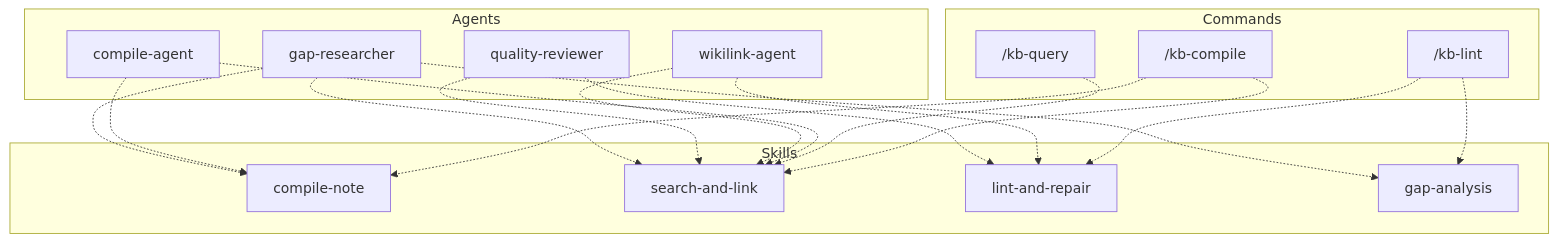
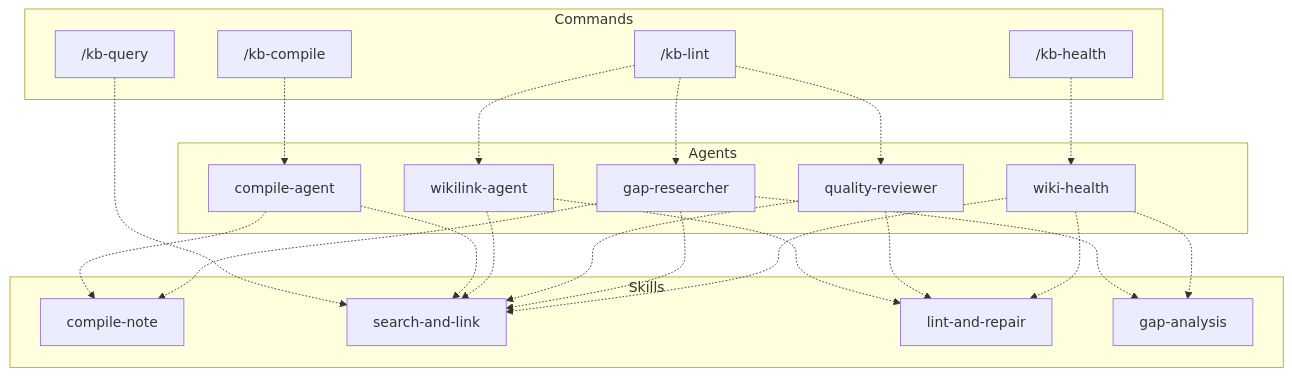
Before and after one commit to cajias/second-brain-plugins: the second of 2 diagrams in plugins/karpathy-llm-wiki/README.md, drawn with Mermaid. The commit also changed other lines of this file and 2 other files, not shown here.

````diff
--- a/plugins/karpathy-llm-wiki/README.md
+++ b/plugins/karpathy-llm-wiki/README.md
@@ -85,35 +115,41 @@
 ```mermaid
 flowchart TD
     subgraph Skills
         S1["compile-note"]
         S2["search-and-link"]
         S3["lint-and-repair"]
         S4["gap-analysis"]
     end
     subgraph Commands
         C1["/kb-compile"]
         C2["/kb-query"]
         C3["/kb-lint"]
+        C4["/kb-health"]
     end
     subgraph Agents
         A1["compile-agent"]
         A2["wikilink-agent"]
         A3["quality-reviewer"]
         A4["gap-researcher"]
+        A5["wiki-health"]
     end
 
-    C1 -.-> S1
-    C1 -.-> S2
+    C1 -.-> A1
+    C3 -.-> A3
+    C3 -.-> A2
+    C3 -.-> A4
+    C4 -.-> A5
     C2 -.-> S2
-    C3 -.-> S3
-    C3 -.-> S4
     A1 -.-> S1
     A1 -.-> S2
     A2 -.-> S2
     A2 -.-> S3
     A3 -.-> S3
     A3 -.-> S2
     A4 -.-> S4
     A4 -.-> S1
     A4 -.-> S2
+    A5 -.-> S3
+    A5 -.-> S4
+    A5 -.-> S2
 ```
````
